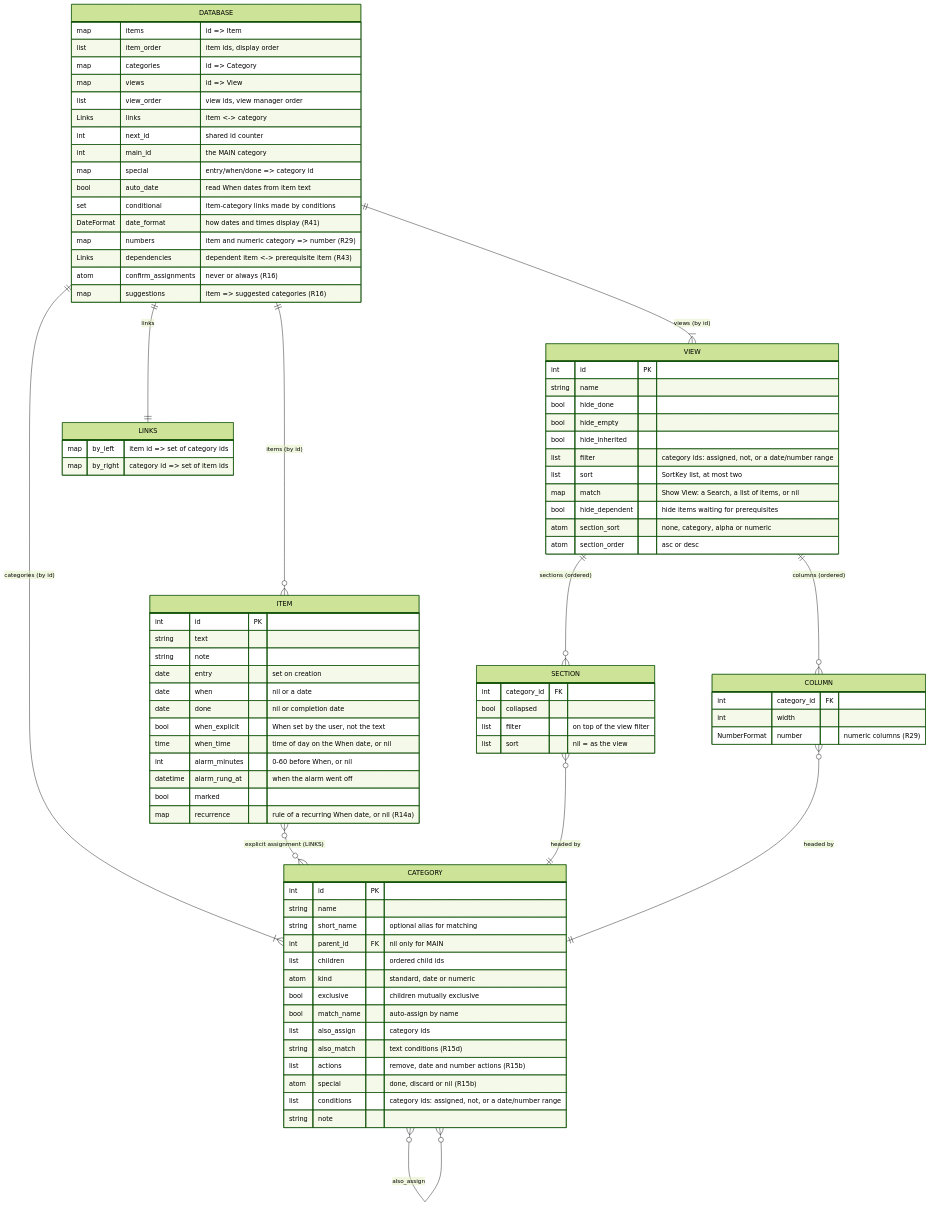
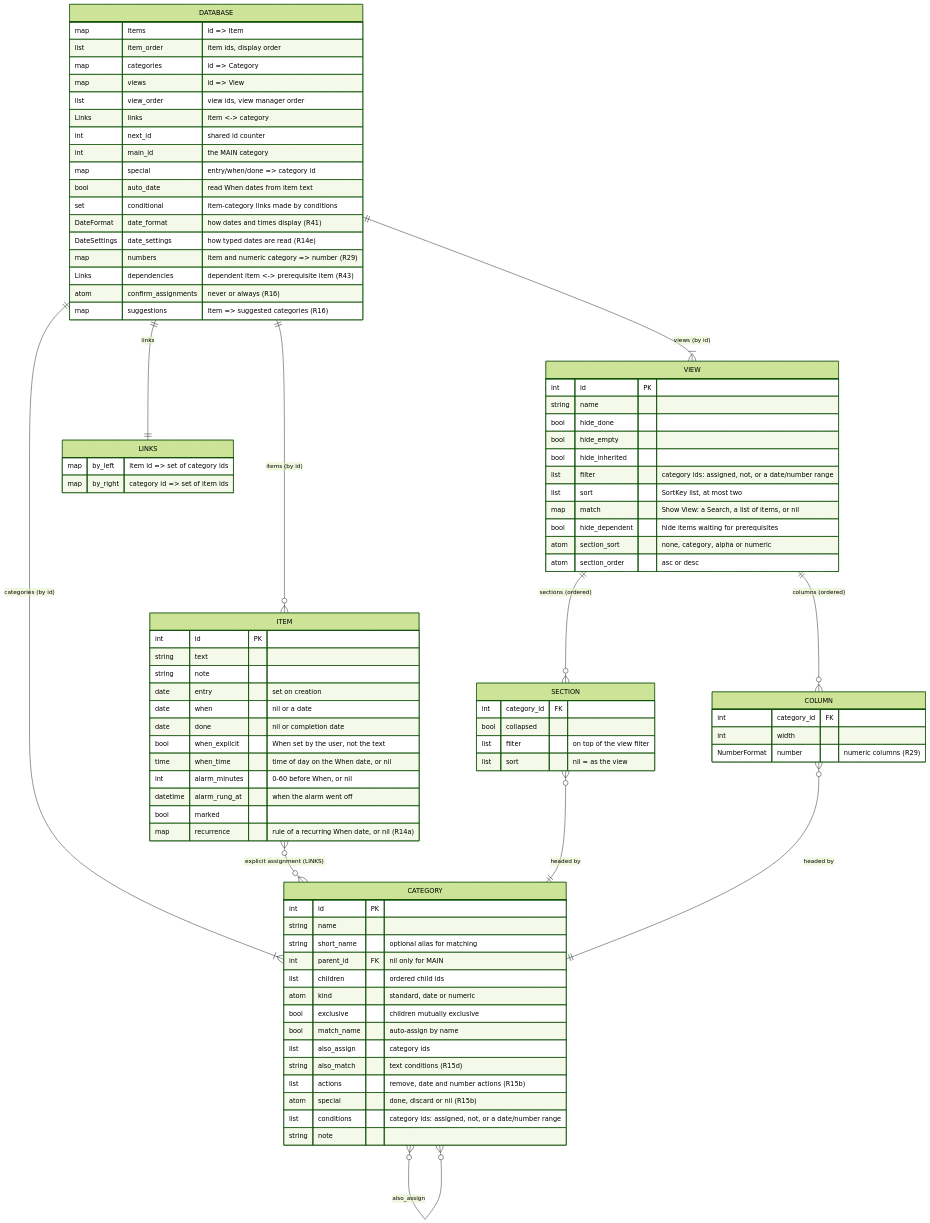
The first of 6 diagrams in docs/DATA_MODEL.md (jamting/agendum), drawn with Mermaid (forest theme) before and after one commit. The commit also changed other lines of this file and 20 other files, not shown here.

First line of the commit message:
Add Agenda's Global Date Settings to File Properties

```diff
--- a/docs/DATA_MODEL.md
+++ b/docs/DATA_MODEL.md
@@ -36,6 +36,7 @@
         bool auto_date "read When dates from item text"
         set conditional "item-category links made by conditions"
         DateFormat date_format "how dates and times display (R41)"
+        DateSettings date_settings "how typed dates are read (R14e)"
         map numbers "item and numeric category => number (R29)"
         Links dependencies "dependent item <-> prerequisite item (R43)"
         atom confirm_assignments "never or always (R16)"
```
